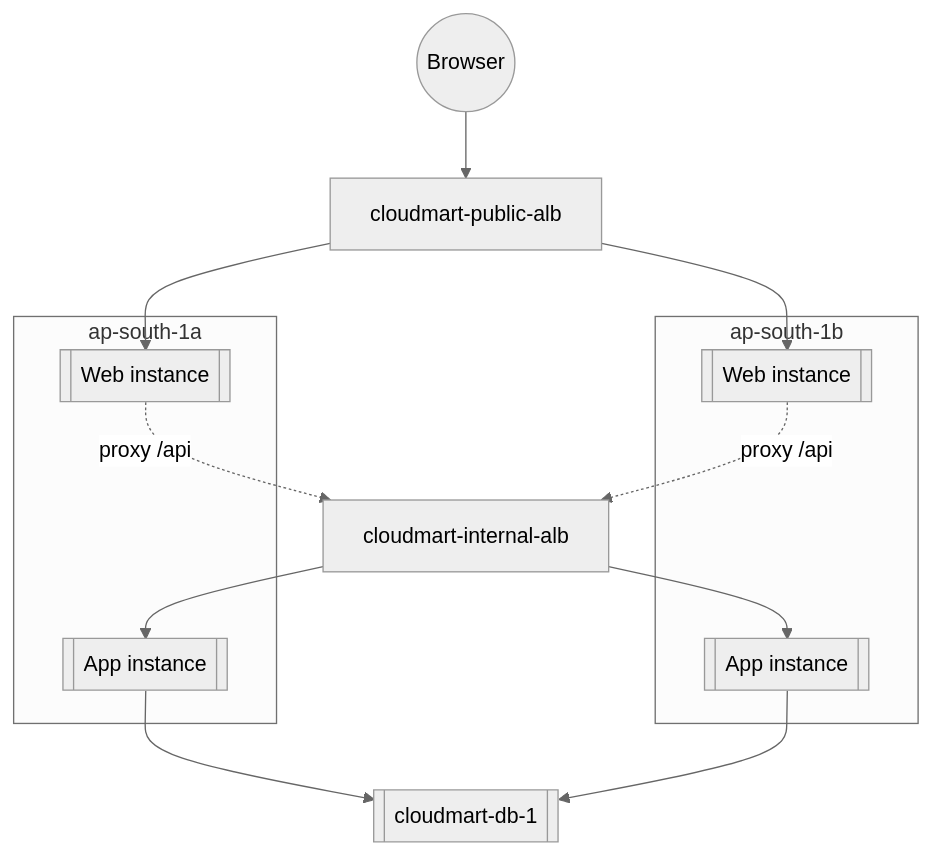
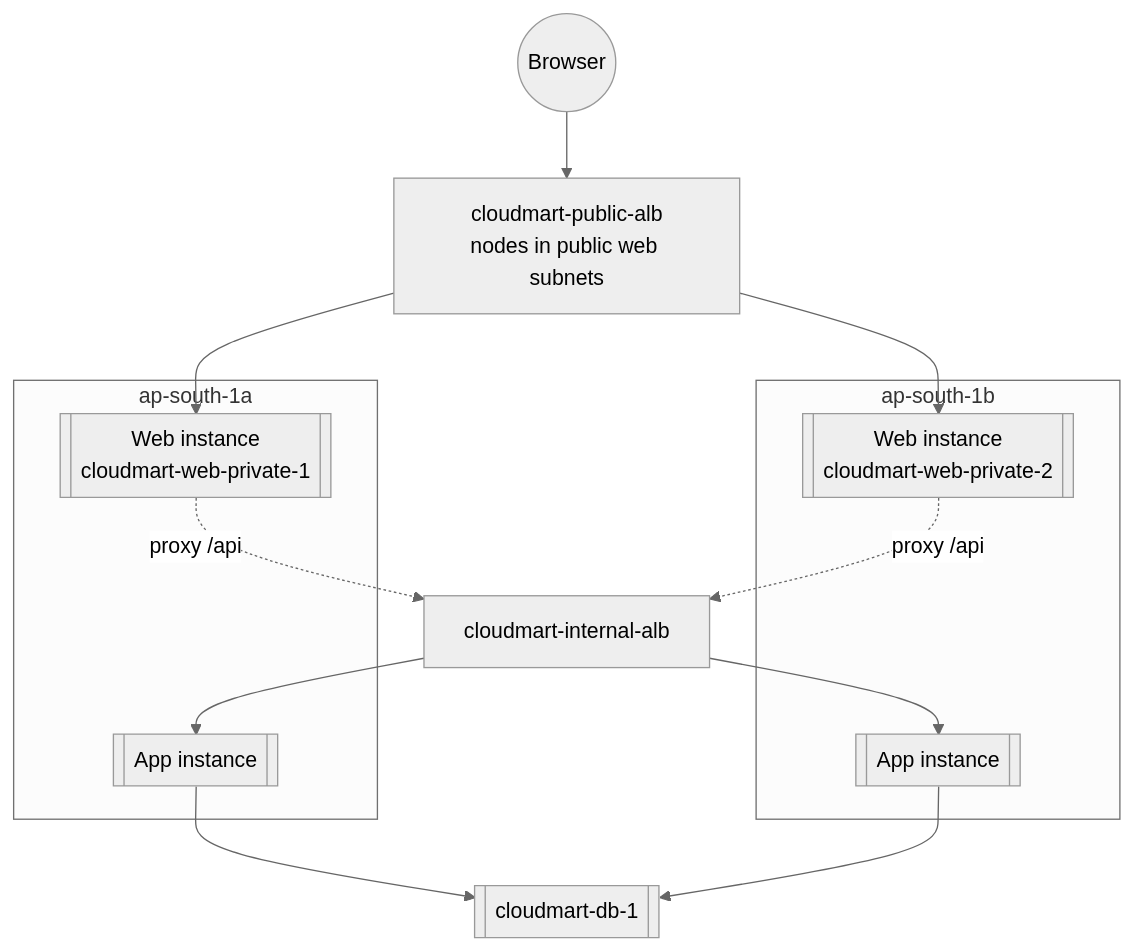
The diagram in Capstone-Project/Project-1/09-Build-Part5-Frontend-Tier-ASG-and-Public-LB-HandsOn.md (msdeepak052/AWS_Imp_Concepts), drawn with Mermaid (neutral theme) before and after one commit. The commit also changed other lines of this file and 4 other files, not shown here.

Commit message:
Architecture updated

````diff
--- a/Capstone-Project/Project-1/09-Build-Part5-Frontend-Tier-ASG-and-Public-LB-HandsOn.md
+++ b/Capstone-Project/Project-1/09-Build-Part5-Frontend-Tier-ASG-and-Public-LB-HandsOn.md
@@ -108,16 +110,16 @@
 ```mermaid
 flowchart TB
-    U((Browser)) --> PALB[cloudmart-public-alb]
+    U((Browser)) --> PALB["cloudmart-public-alb<br/>nodes in public web subnets"]
     subgraph AZA["ap-south-1a"]
-        WEB1[["Web instance"]]
+        WEB1[["Web instance<br/>cloudmart-web-private-1"]]
         APP1[["App instance"]]
     end
     subgraph AZB["ap-south-1b"]
-        WEB2[["Web instance"]]
+        WEB2[["Web instance<br/>cloudmart-web-private-2"]]
         APP2[["App instance"]]
     end
     PALB --> WEB1 & WEB2
     WEB1 & WEB2 -.proxy /api.-> IALB[cloudmart-internal-alb]
     IALB --> APP1 & APP2
     APP1 & APP2 --> DB1[["cloudmart-db-1"]]
 ```
````
